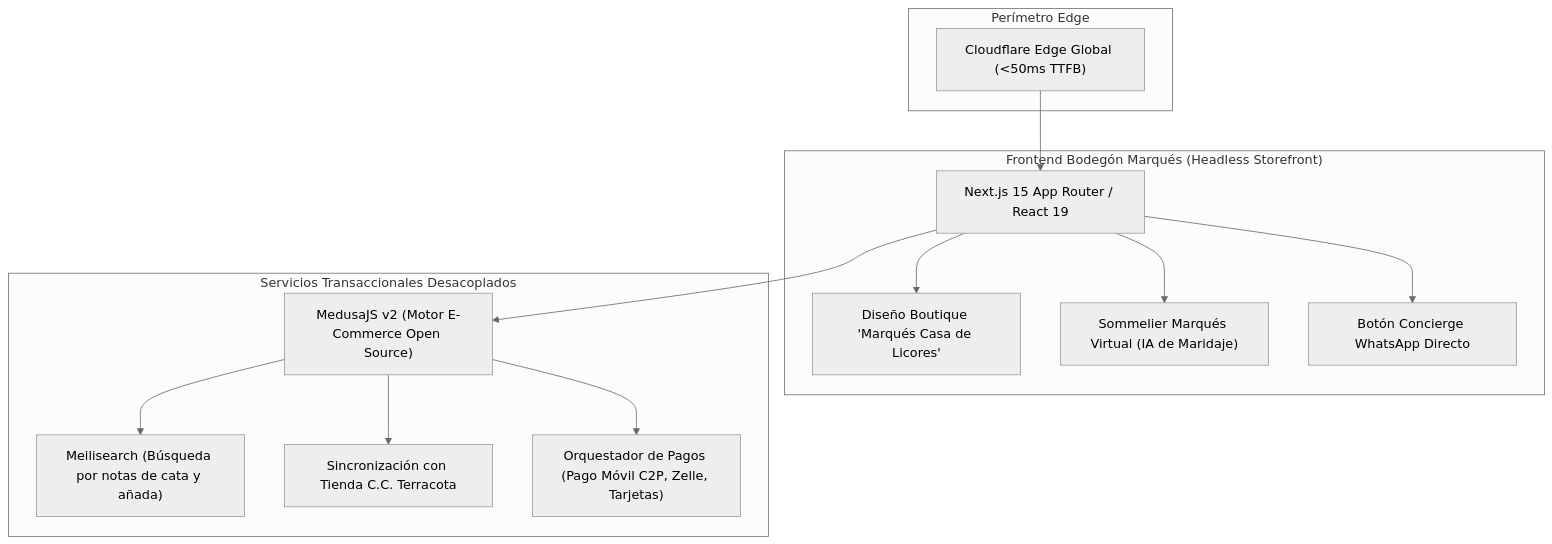
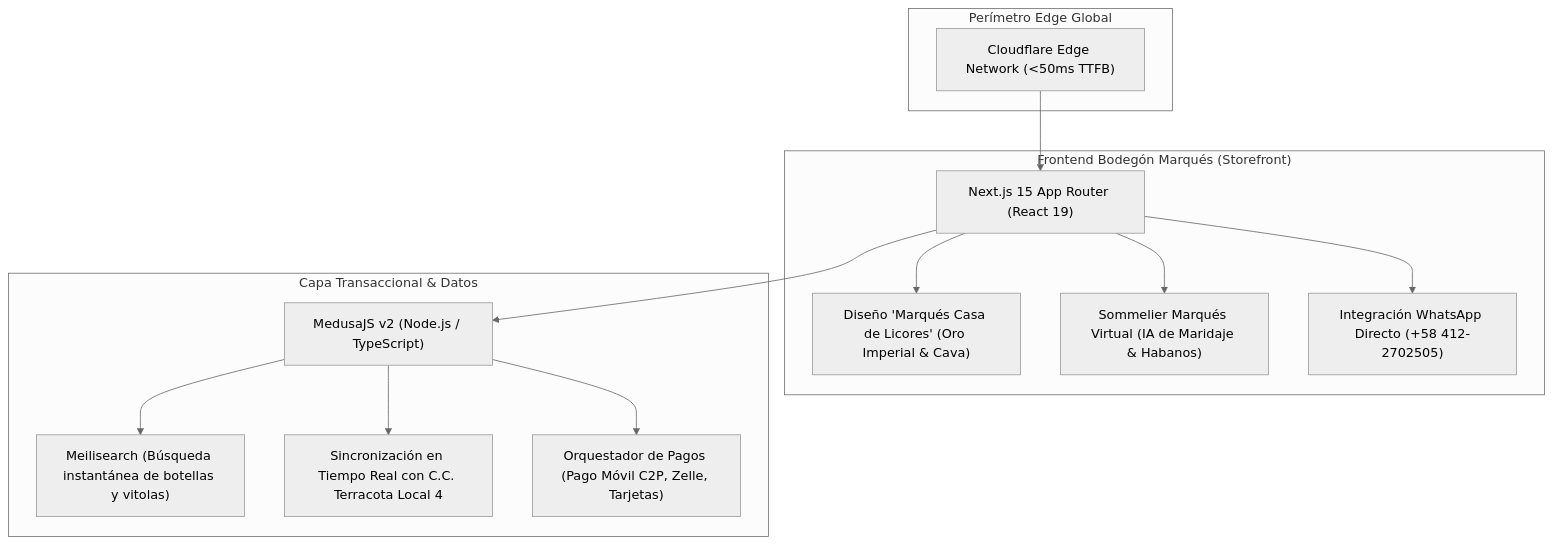
One commit to Jeralthc/bodegon-marques-ecommerce changed the diagram in docs/propuesta-arquitectura-nextgen.md. Above: the diagram before and after it, drawn with Mermaid (neutral theme). The commit also changed other lines of this file and 4 other files, not shown here.

Commit message:
feat: complete brand personalization with heraldic crown logo, official phone +58 412-2702505, C.C. Terracota Local 4, Habanos Point certification and Instagram @bodegonmarques

````diff
--- a/docs/propuesta-arquitectura-nextgen.md
+++ b/docs/propuesta-arquitectura-nextgen.md
@@ -24,29 +19,29 @@
 ```mermaid
 flowchart TD
-    subgraph "Perímetro Edge"
-        CDN["Cloudflare Edge Global (<50ms TTFB)"]
+    subgraph "Perímetro Edge Global"
+        EDGE["Cloudflare Edge Network (<50ms TTFB)"]
     end
 
-    subgraph "Frontend Bodegón Marqués (Headless Storefront)"
-        NEXT["Next.js 15 App Router / React 19"]
-        UI["Diseño Boutique 'Marqués Casa de Licores'"]
-        SOM["Sommelier Marqués Virtual (IA de Maridaje)"]
-        WAPP["Botón Concierge WhatsApp Directo"]
+    subgraph "Frontend Bodegón Marqués (Storefront)"
+        NEXT["Next.js 15 App Router (React 19)"]
+        UI["Diseño 'Marqués Casa de Licores' (Oro Imperial & Cava)"]
+        SOM["Sommelier Marqués Virtual (IA de Maridaje & Habanos)"]
+        WAPP["Integración WhatsApp Directo (+58 412-2702505)"]
     end
 
-    subgraph "Servicios Transaccionales Desacoplados"
-        BACK["MedusaJS v2 (Motor E-Commerce Open Source)"]
-        SEARCH["Meilisearch (Búsqueda por notas de cata y añada)"]
-        INVENTORY["Sincronización con Tienda C.C. Terracota"]
+    subgraph "Capa Transaccional & Datos"
+        HEADLESS["MedusaJS v2 (Node.js / TypeScript)"]
+        SEARCH["Meilisearch (Búsqueda instantánea de botellas y vitolas)"]
+        STOCK["Sincronización en Tiempo Real con C.C. Terracota Local 4"]
         PAY["Orquestador de Pagos (Pago Móvil C2P, Zelle, Tarjetas)"]
     end
 
-    CDN --> NEXT
+    EDGE --> NEXT
     NEXT --> UI
     NEXT --> SOM
     NEXT --> WAPP
-    NEXT --> BACK
-    BACK --> SEARCH
-    BACK --> INVENTORY
-    BACK --> PAY
+    NEXT --> HEADLESS
+    HEADLESS --> SEARCH
+    HEADLESS --> STOCK
+    HEADLESS --> PAY
 ```
````
